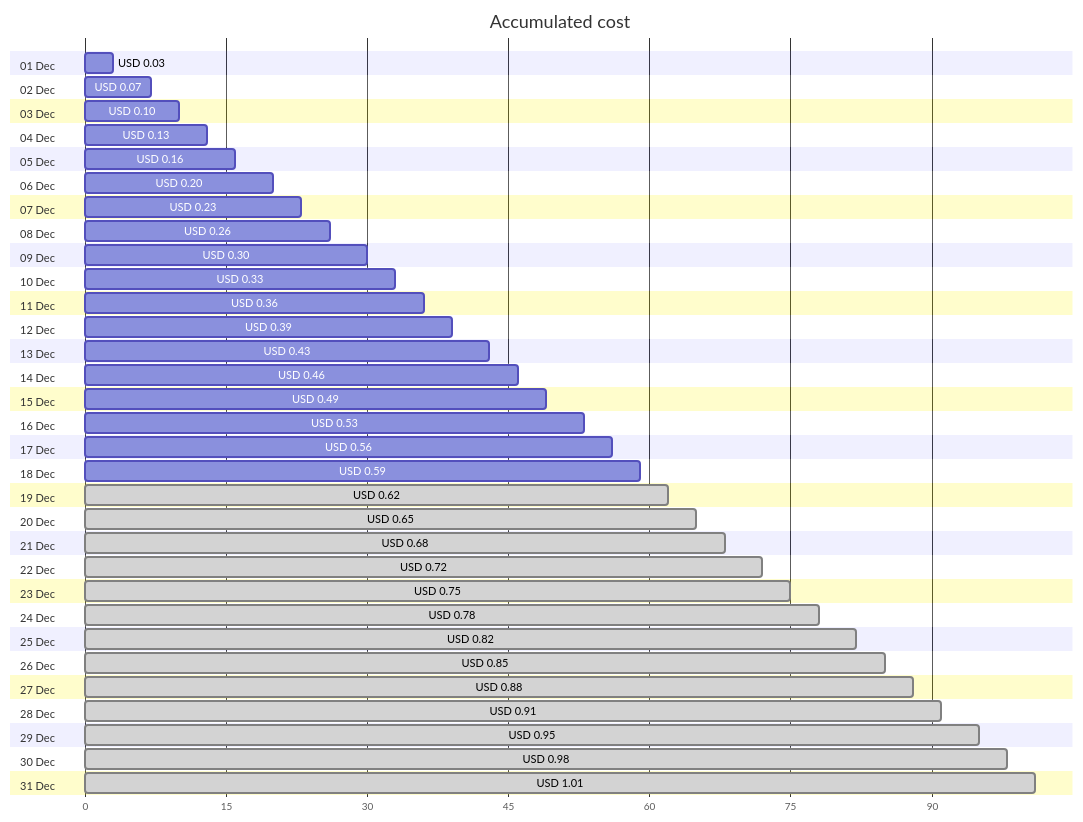
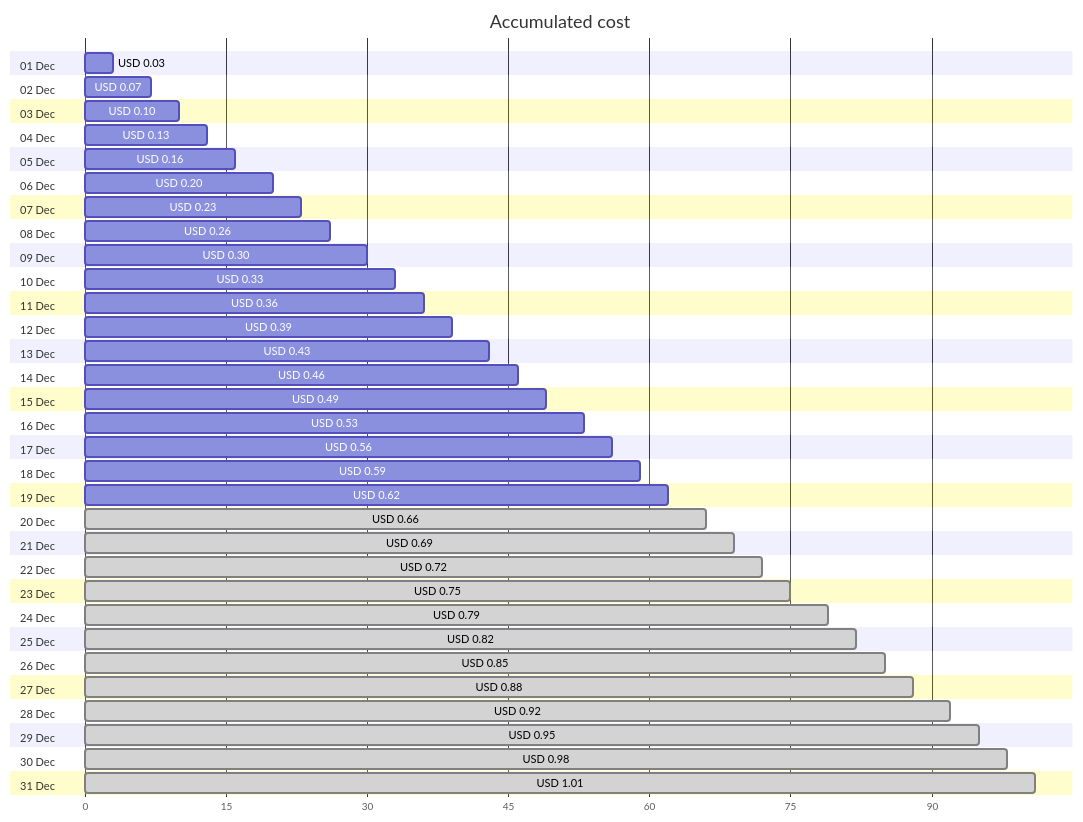
The first of 4 diagrams in cost-reports/personal-dns/README.md (jpfulton/azure-personal-reports), drawn with Mermaid before and after one commit. The commit also changed other lines of this file and 2 other files, not shown here.

````diff
--- a/cost-reports/personal-dns/README.md
+++ b/cost-reports/personal-dns/README.md
@@ -20,68 +20,68 @@
 ```mermaid
 gantt
    title Accumulated cost
    dateFormat  X
    axisFormat %s
    section 01 Dec
    USD 0.03 :0, 3
    section 02 Dec
    USD 0.07 :0, 7
    section 03 Dec
    USD 0.10 :0, 10
    section 04 Dec
    USD 0.13 :0, 13
    section 05 Dec
    USD 0.16 :0, 16
    section 06 Dec
    USD 0.20 :0, 20
    section 07 Dec
    USD 0.23 :0, 23
    section 08 Dec
    USD 0.26 :0, 26
    section 09 Dec
    USD 0.30 :0, 30
    section 10 Dec
    USD 0.33 :0, 33
    section 11 Dec
    USD 0.36 :0, 36
    section 12 Dec
    USD 0.39 :0, 39
    section 13 Dec
    USD 0.43 :0, 43
    section 14 Dec
    USD 0.46 :0, 46
    section 15 Dec
    USD 0.49 :0, 49
    section 16 Dec
    USD 0.53 :0, 53
    section 17 Dec
    USD 0.56 :0, 56
    section 18 Dec
    USD 0.59 :0, 59
    section 19 Dec
-   USD 0.62 : done, 0, 62
+   USD 0.62 :0, 62
    section 20 Dec
-   USD 0.65 : done, 0, 65
+   USD 0.66 : done, 0, 66
    section 21 Dec
-   USD 0.68 : done, 0, 68
+   USD 0.69 : done, 0, 69
    section 22 Dec
    USD 0.72 : done, 0, 72
    section 23 Dec
    USD 0.75 : done, 0, 75
    section 24 Dec
-   USD 0.78 : done, 0, 78
+   USD 0.79 : done, 0, 79
    section 25 Dec
    USD 0.82 : done, 0, 82
    section 26 Dec
    USD 0.85 : done, 0, 85
    section 27 Dec
    USD 0.88 : done, 0, 88
    section 28 Dec
-   USD 0.91 : done, 0, 91
+   USD 0.92 : done, 0, 92
    section 29 Dec
    USD 0.95 : done, 0, 95
    section 30 Dec
    USD 0.98 : done, 0, 98
    section 31 Dec
    USD 1.01 : done, 0, 101
 ```
````
